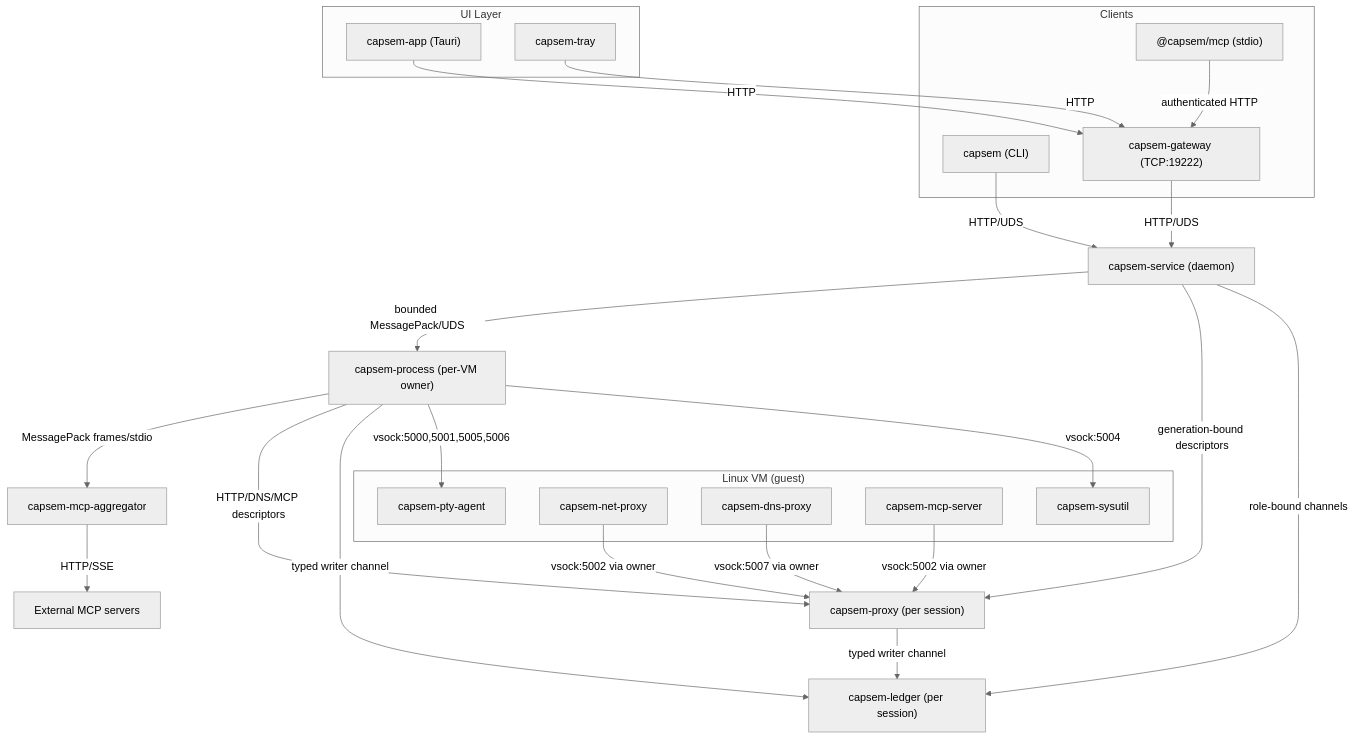
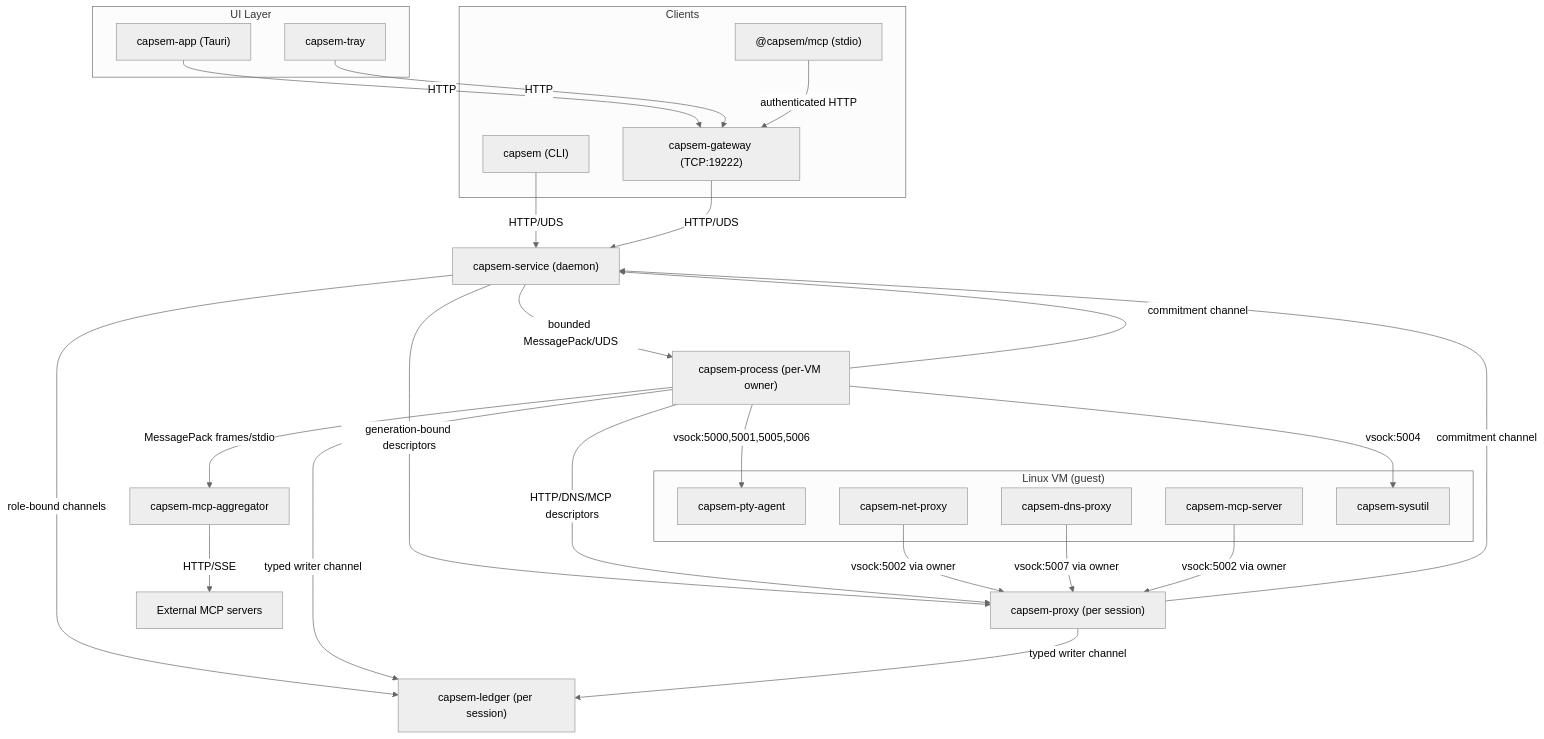
Before and after one commit to google/capsem: the diagram in web/docs/src/content/docs/architecture/service-architecture.md, drawn with Mermaid (neutral theme). The commit also changed other lines of this file and 2 other files, not shown here.

Commit message:
docs(architecture): define ledger commitment proof

````diff
--- a/web/docs/src/content/docs/architecture/service-architecture.md
+++ b/web/docs/src/content/docs/architecture/service-architecture.md
@@ -52,46 +52,48 @@
 ```mermaid
 graph TD
     subgraph Clients
         CLI["capsem (CLI)"]
         MCP["@capsem/mcp (stdio)"]
         GW["capsem-gateway (TCP:19222)"]
     end
 
     subgraph "UI Layer"
         APP["capsem-app (Tauri)"]
         TRAY["capsem-tray"]
     end
 
     APP -->|HTTP| GW
     TRAY -->|HTTP| GW
 
     CLI -->|HTTP/UDS| SVC
     MCP -->|"authenticated HTTP"| GW
     GW -->|HTTP/UDS| SVC
 
     SVC["capsem-service (daemon)"]
 
     SVC -->|"bounded MessagePack/UDS"| PROC["capsem-process (per-VM owner)"]
     SVC -->|"generation-bound descriptors"| PROXY["capsem-proxy (per session)"]
     SVC -->|"role-bound channels"| LEDGER["capsem-ledger (per session)"]
 
     PROC -->|"MessagePack frames/stdio"| AGG["capsem-mcp-aggregator"]
     AGG -->|"HTTP/SSE"| EXT["External MCP servers"]
     PROC -->|"HTTP/DNS/MCP descriptors"| PROXY
     PROC -->|"typed writer channel"| LEDGER
     PROXY -->|"typed writer channel"| LEDGER
+    PROC -->|"commitment channel"| SVC
+    PROXY -->|"commitment channel"| SVC
 
     subgraph "Linux VM (guest)"
         AGENT["capsem-pty-agent"]
         NETPROXY["capsem-net-proxy"]
         DNSPROXY["capsem-dns-proxy"]
         MCPGW["capsem-mcp-server"]
         SYSUTIL["capsem-sysutil"]
     end
 
     PROC -->|"vsock:5000,5001,5005,5006"| AGENT
     NETPROXY -->|"vsock:5002 via owner"| PROXY
     DNSPROXY -->|"vsock:5007 via owner"| PROXY
     MCPGW -->|"vsock:5002 via owner"| PROXY
     PROC -->|"vsock:5004"| SYSUTIL
 ```
````
